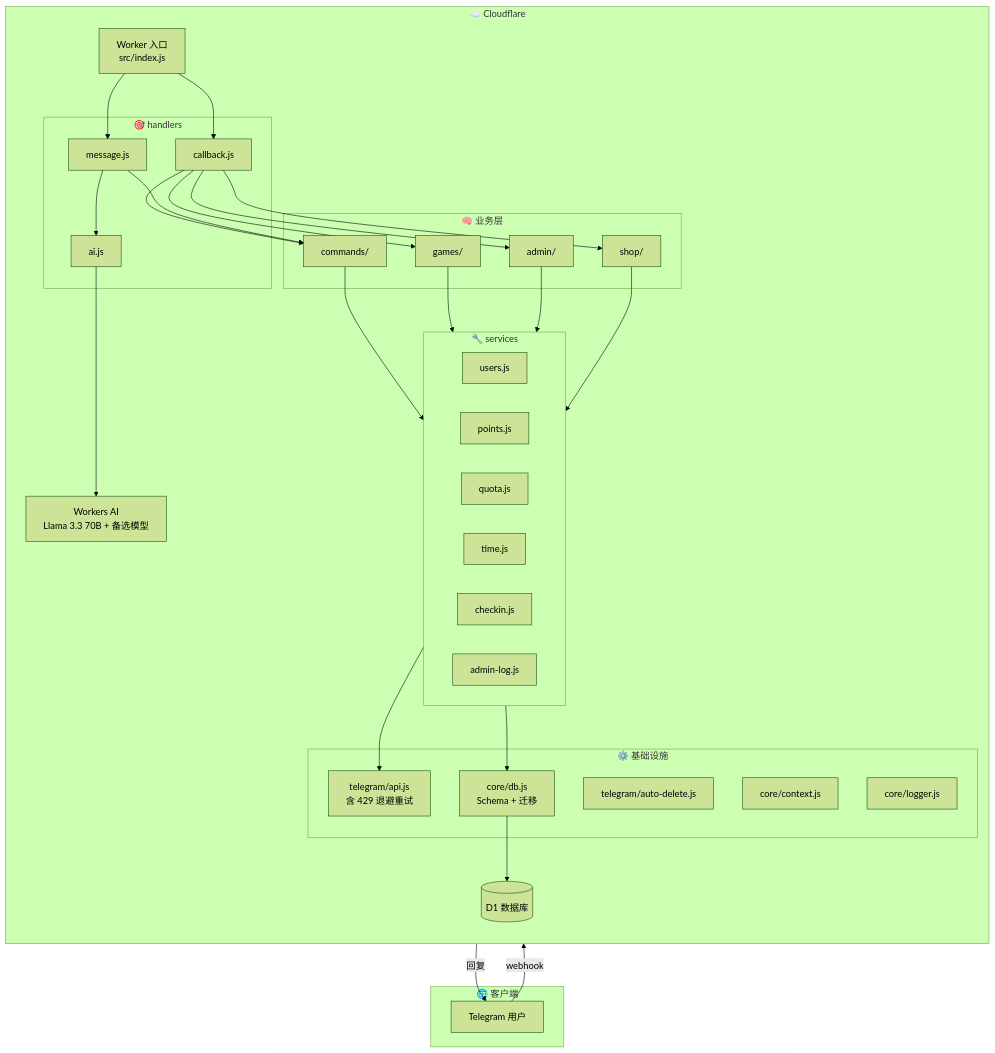
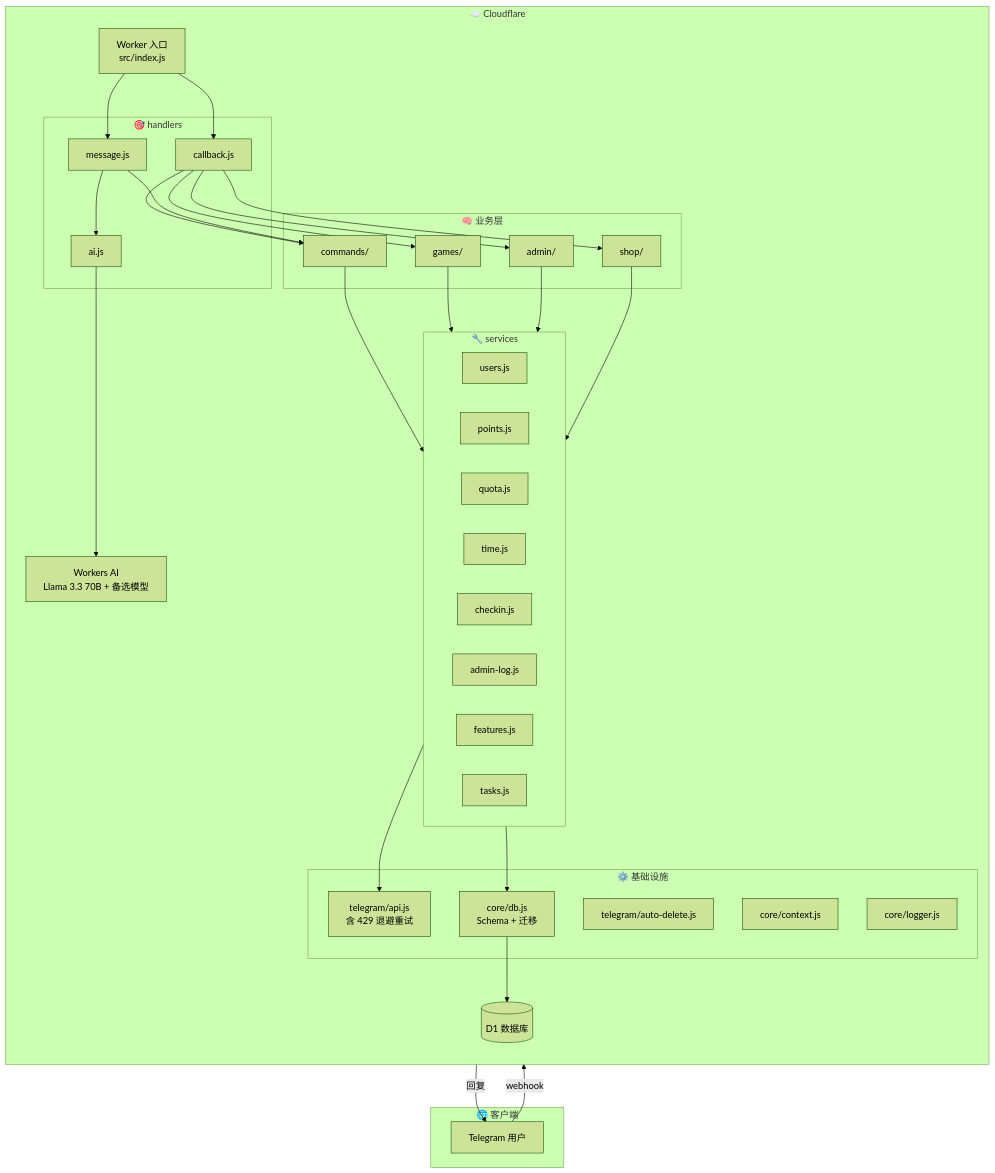
Before and after one commit to ZooolpMoon/tgbot: the first of 7 diagrams in README.md, drawn with Mermaid (forest theme). The commit also changed other lines of this file and 34 other files, not shown here.

````diff
--- a/README.md
+++ b/README.md
@@ -341,63 +361,65 @@
 ```mermaid
 flowchart TB
     subgraph Client["🌐 客户端"]
         U[Telegram 用户]
     end
 
     subgraph CF["☁️ Cloudflare"]
         direction TB
         W[Worker 入口<br/>src/index.js]
 
         subgraph H["🎯 handlers"]
             H1[callback.js]
             H2[message.js]
             H3[ai.js]
         end
 
         subgraph BIZ["🧠 业务层"]
             B1[commands/]
             B2[games/]
             B3[admin/]
             B4[shop/]
         end
 
         subgraph SVC["🔧 services"]
             S1[users.js]
             S2[points.js]
             S3[quota.js]
             S4[time.js]
             S5[checkin.js]
             S6[admin-log.js]
+            S7[features.js]
+            S8[tasks.js]
         end
 
         subgraph INFRA["⚙️ 基础设施"]
             I1[telegram/api.js<br/>含 429 退避重试]
             I2[telegram/auto-delete.js]
             I3[core/db.js<br/>Schema + 迁移]
             I4[core/context.js]
             I5[core/logger.js]
         end
 
         D1[(D1 数据库)]
         AI[Workers AI<br/>Llama 3.3 70B + 备选模型]
     end
 
     U -->|webhook| W
     W --> H1
     W --> H2
     H1 --> B1
     H1 --> B2
     H1 --> B3
     H1 --> B4
     H2 --> B1
     H2 --> H3
     H3 --> AI
     B1 --> SVC
     B2 --> SVC
     B3 --> SVC
     B4 --> SVC
     SVC --> I3
     SVC --> I1
     I3 --> D1
     I1 -->|回复| U
 ```
````
